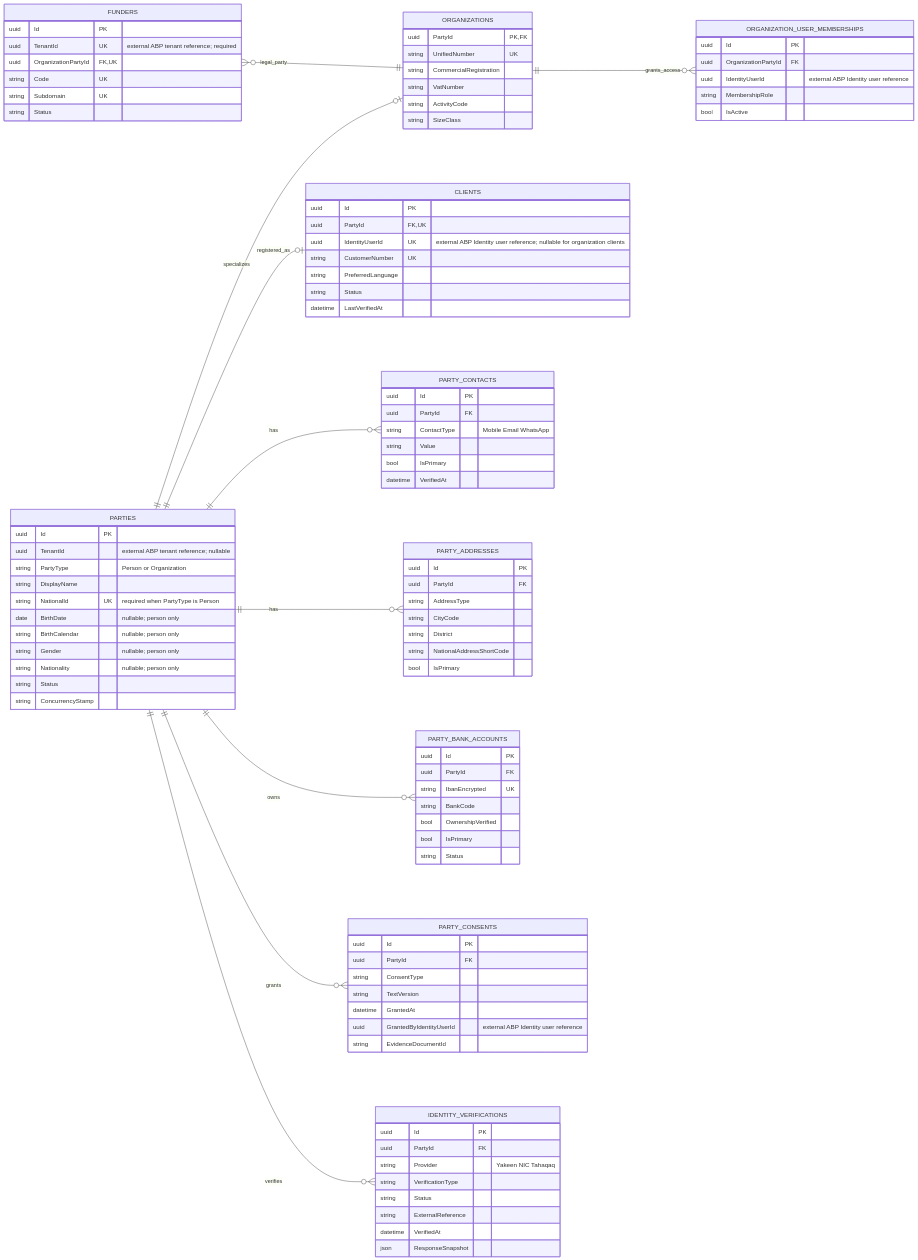
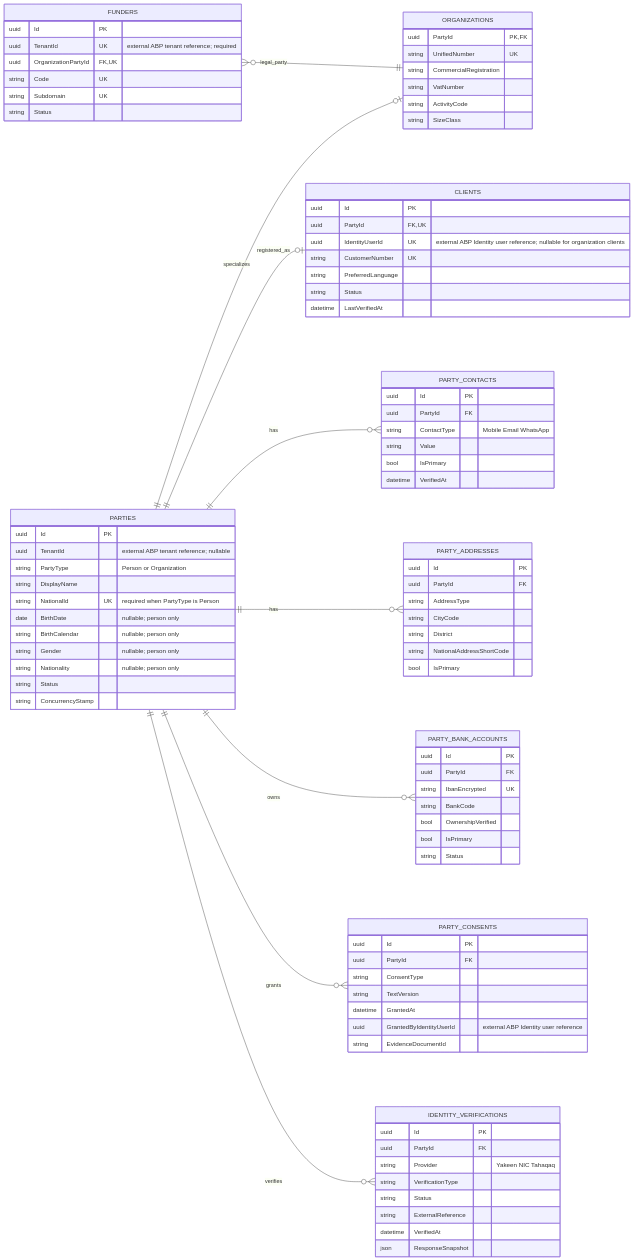
Before and after one commit to mahshokral7osam/Thiqatak_UI: the first of 7 diagrams in docs/Thiqatak.Business-ERD.md, drawn with Mermaid. The commit also changed other lines of this file and 1 other file, not shown here.

Commit message:
docs: use ABP authorization for organization users

```diff
--- a/docs/Thiqatak.Business-ERD.md
+++ b/docs/Thiqatak.Business-ERD.md
@@ -22,7 +23,6 @@
     direction LR
     PARTIES ||--o| ORGANIZATIONS : specializes
     PARTIES ||--o| CLIENTS : registered_as
-    ORGANIZATIONS ||--o{ ORGANIZATION_USER_MEMBERSHIPS : grants_access
     PARTIES ||--o{ PARTY_CONTACTS : has
     PARTIES ||--o{ PARTY_ADDRESSES : has
     PARTIES ||--o{ PARTY_BANK_ACCOUNTS : owns
@@ -67,13 +67,6 @@
         string Code UK
         string Subdomain UK
         string Status
-    }
-    ORGANIZATION_USER_MEMBERSHIPS {
-        uuid Id PK
-        uuid OrganizationPartyId FK
-        uuid IdentityUserId "external ABP Identity user reference"
-        string MembershipRole
-        bool IsActive
     }
     PARTY_CONTACTS {
         uuid Id PK
```
